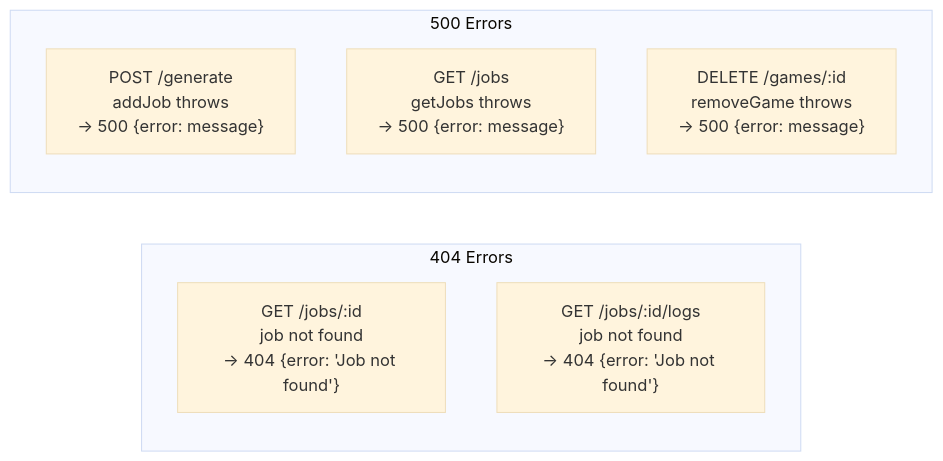
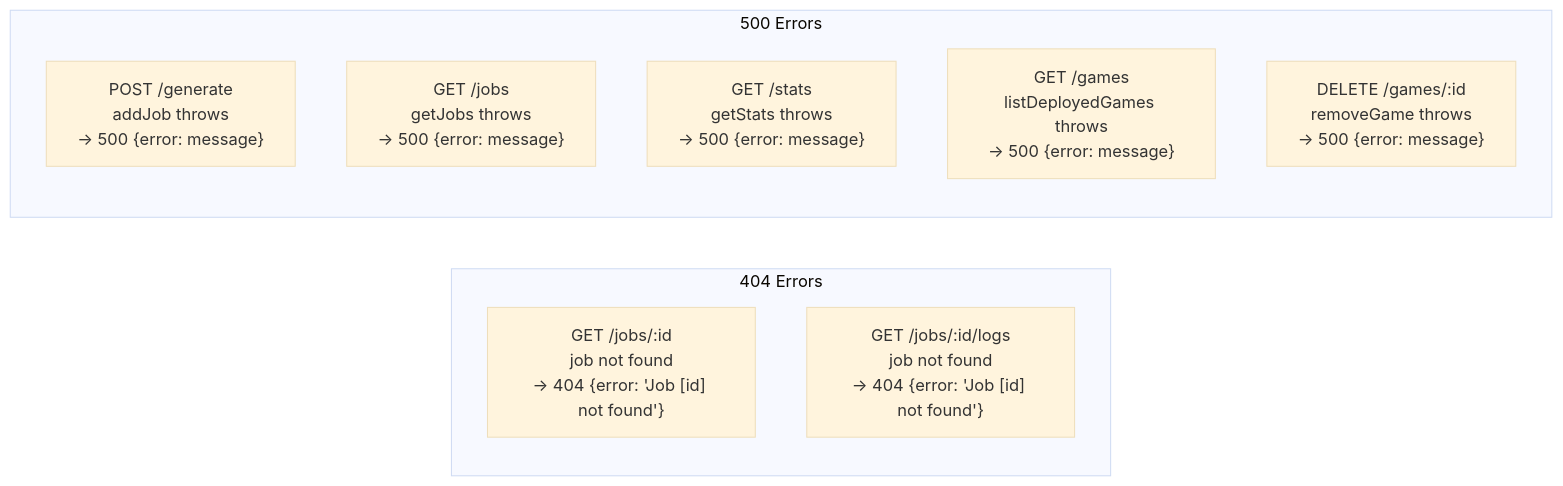
One commit to J-Gierend/gamePocGen changed the second of 9 diagrams in AI/document/10-error-handling.md. Above: the diagram before and after it, drawn with Mermaid (base theme). The commit also changed other lines of this file and 12 other files, not shown here.

First line of the commit message:
fix: regenerate all architecture docs from current source

````diff
--- a/AI/document/10-error-handling.md
+++ b/AI/document/10-error-handling.md
@@ -25,13 +23,15 @@
 ```mermaid
 graph LR
     subgraph "404 Errors"
-        JOB_404["GET /jobs/:id\njob not found\n→ 404 {error: 'Job not found'}"]
-        LOG_404["GET /jobs/:id/logs\njob not found\n→ 404 {error: 'Job not found'}"]
+        JOB_404["GET /jobs/:id<br/>job not found<br/>-> 404 {error: 'Job [id] not found'}"]
+        LOG_404["GET /jobs/:id/logs<br/>job not found<br/>-> 404 {error: 'Job [id] not found'}"]
     end
 
     subgraph "500 Errors"
-        GEN_500["POST /generate\naddJob throws\n→ 500 {error: message}"]
-        LIST_500["GET /jobs\ngetJobs throws\n→ 500 {error: message}"]
-        DEL_500["DELETE /games/:id\nremoveGame throws\n→ 500 {error: message}"]
+        GEN_500["POST /generate<br/>addJob throws<br/>-> 500 {error: message}"]
+        LIST_500["GET /jobs<br/>getJobs throws<br/>-> 500 {error: message}"]
+        STAT_500["GET /stats<br/>getStats throws<br/>-> 500 {error: message}"]
+        GAME_500["GET /games<br/>listDeployedGames throws<br/>-> 500 {error: message}"]
+        DEL_500["DELETE /games/:id<br/>removeGame throws<br/>-> 500 {error: message}"]
     end
 ```
````
